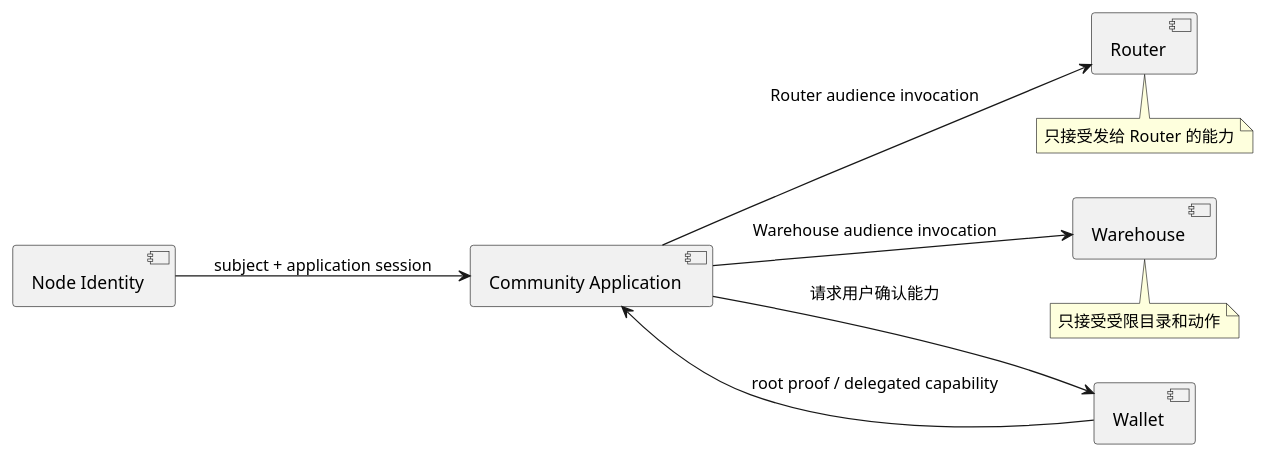
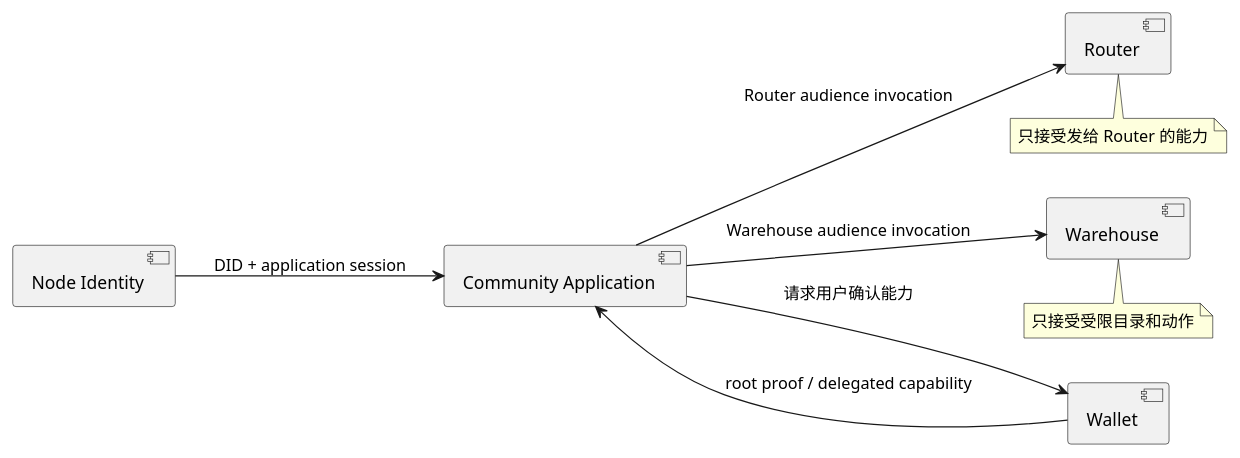
One commit to yeying-community/wallet changed the third of 4 diagrams in docs/钱包架构V2.md. Above: the diagram before and after it, drawn with PlantUML. The commit also changed other lines of this file and 22 other files, not shown here.

````diff
--- a/docs/钱包架构V2.md
+++ b/docs/钱包架构V2.md
@@ -138,23 +142,23 @@
 ```plantuml
 @startuml wallet-v2-authorization
 left to right direction
 component "Node Identity" as Node
 component "Community Application" as App
 component "Wallet" as Wallet
 component "Router" as Router
 component "Warehouse" as Warehouse
 
-Node --> App : subject + application session
+Node --> App : DID + application session
 App --> Wallet : 请求用户确认能力
 Wallet --> App : root proof / delegated capability
 App --> Router : Router audience invocation
 App --> Warehouse : Warehouse audience invocation
 
 note bottom of Router
 只接受发给 Router 的能力
 end note
 note bottom of Warehouse
 只接受受限目录和动作
 end note
 @enduml
 ```
````
